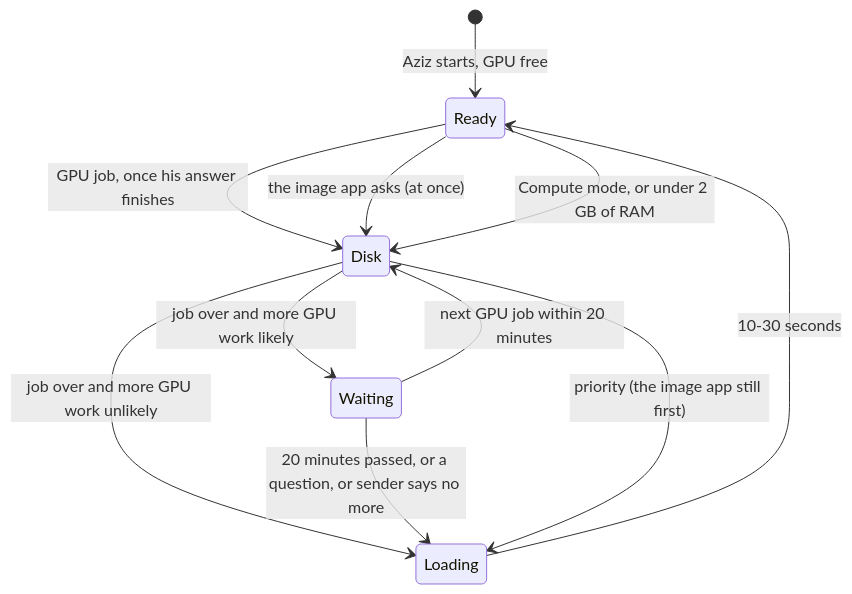
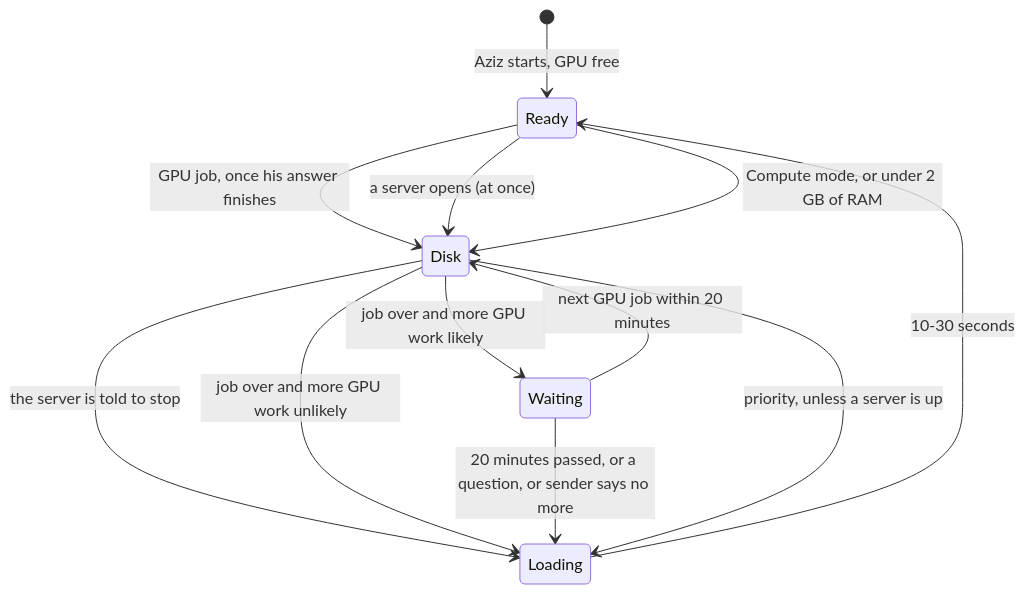
Before and after one commit to KaramelliSundae/aziz-the-manager: the third of 4 diagrams in README.md, drawn with Mermaid. The commit also changed other lines of this file and 15 other files, not shown here.

````diff
--- a/README.md
+++ b/README.md
@@ -36,13 +71,14 @@
 ```mermaid
 stateDiagram-v2
     [*] --> Ready: Aziz starts, GPU free
     Ready --> Disk: GPU job, once his answer finishes
-    Ready --> Disk: the image app asks (at once)
+    Ready --> Disk: a server opens (at once)
     Ready --> Disk: Compute mode, or under 2 GB of RAM
+    Disk --> Loading: the server is told to stop
     Disk --> Loading: job over and more GPU work unlikely
     Disk --> Waiting: job over and more GPU work likely
     Waiting --> Disk: next GPU job within 20 minutes
     Waiting --> Loading: 20 minutes passed, or a question, or sender says no more
-    Disk --> Loading: priority (the image app still first)
+    Disk --> Loading: priority, unless a server is up
     Loading --> Ready: 10-30 seconds
 ```
````
